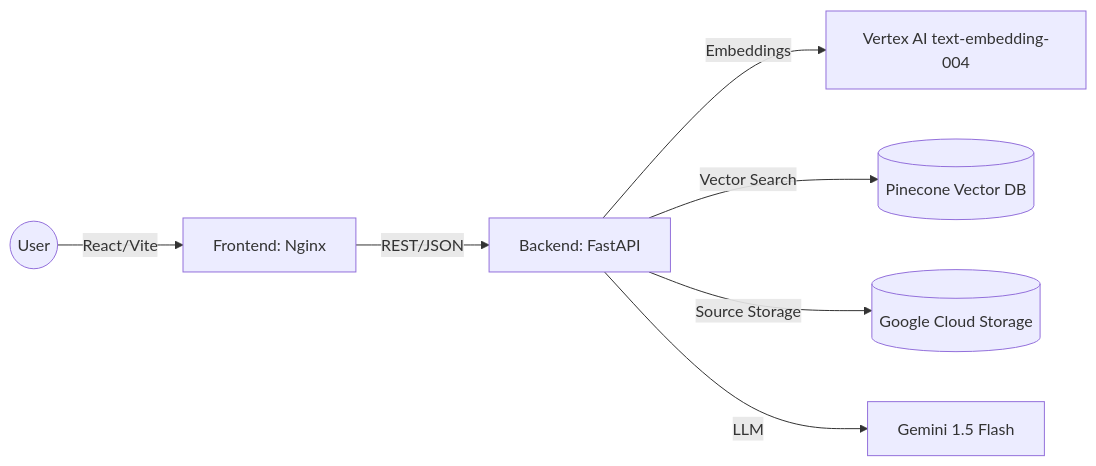
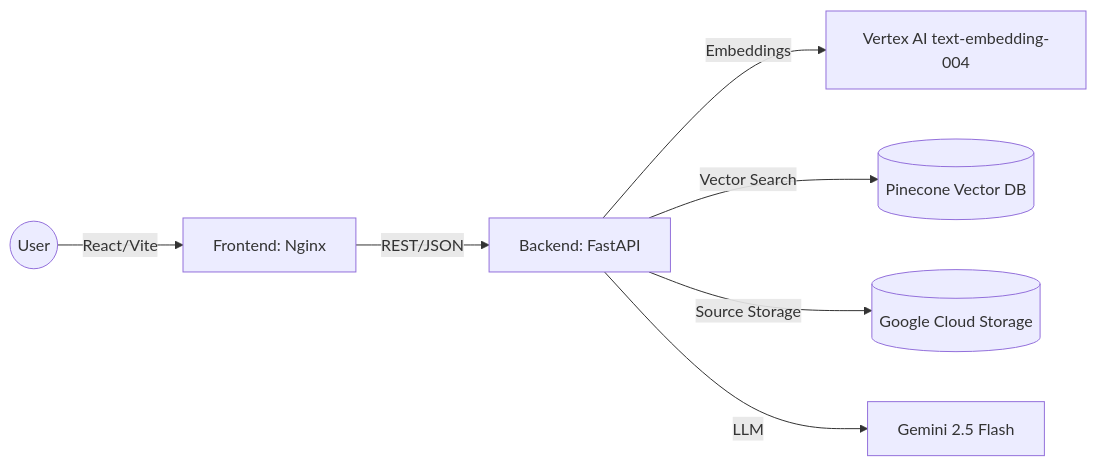
One commit to NicoleColgan/simple_RAG changed the diagram in README.md. Above: the diagram before and after it, drawn with Mermaid. The commit also changed other lines of this file and 1 other file, not shown here.

Commit message:
Refernces wrong model version in docs

````diff
--- a/README.md
+++ b/README.md
@@ -17,9 +17,9 @@
 ```mermaid
 graph LR
     User((User)) -->|React/Vite| Frontend[Frontend: Nginx]
     Frontend -->|REST/JSON| Backend[Backend: FastAPI]
     Backend -->|Embeddings| VertexAI[Vertex AI text-embedding-004]
     Backend -->|Vector Search| Pinecone[(Pinecone Vector DB)]
     Backend -->|Source Storage| GCS[(Google Cloud Storage)]
-    Backend -->|LLM| Gemini[Gemini 1.5 Flash]
+    Backend -->|LLM| Gemini[Gemini 2.5 Flash]
 ```
````
